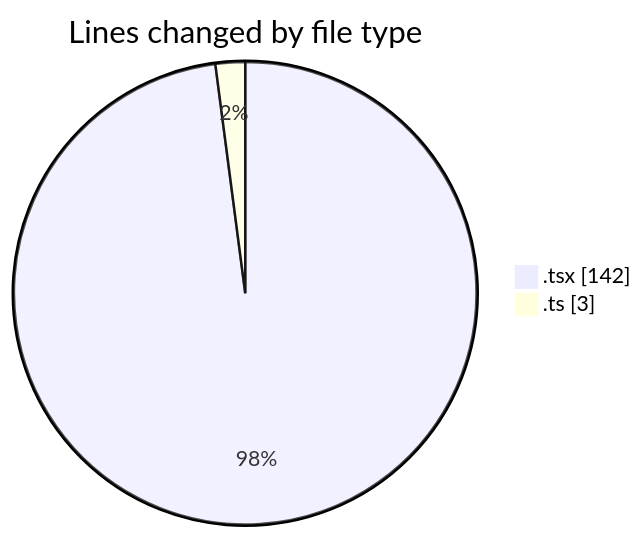
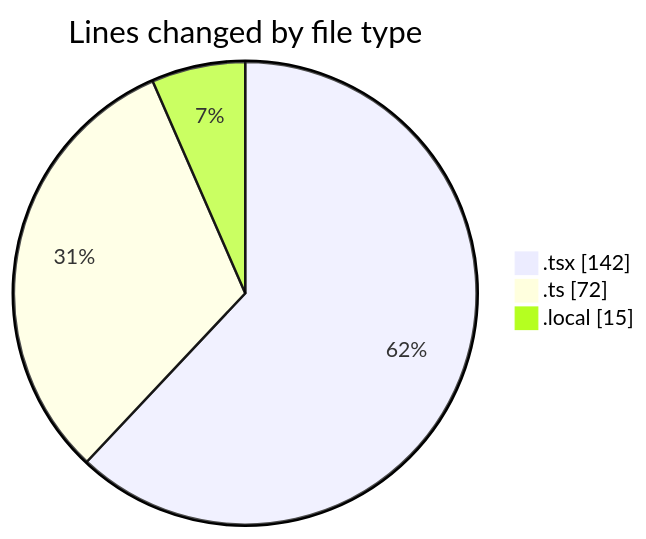
One commit to julien-gomy/code-tracking changed the first of 2 diagrams in 2025-11-04/eventscop-frontend-guide__workspace_/README.md. Above: the diagram before and after it, drawn with Mermaid. The commit also changed other lines of this file and 1 other file, not shown here.

````diff
--- a/2025-11-04/eventscop-frontend-guide__workspace_/README.md
+++ b/2025-11-04/eventscop-frontend-guide__workspace_/README.md
@@ -22,6 +24,7 @@
 ```mermaid
 pie showData
 title Lines changed by file type
 ".tsx" : 142
-".ts" : 3
+".ts" : 72
+".local" : 15
 ```
````
